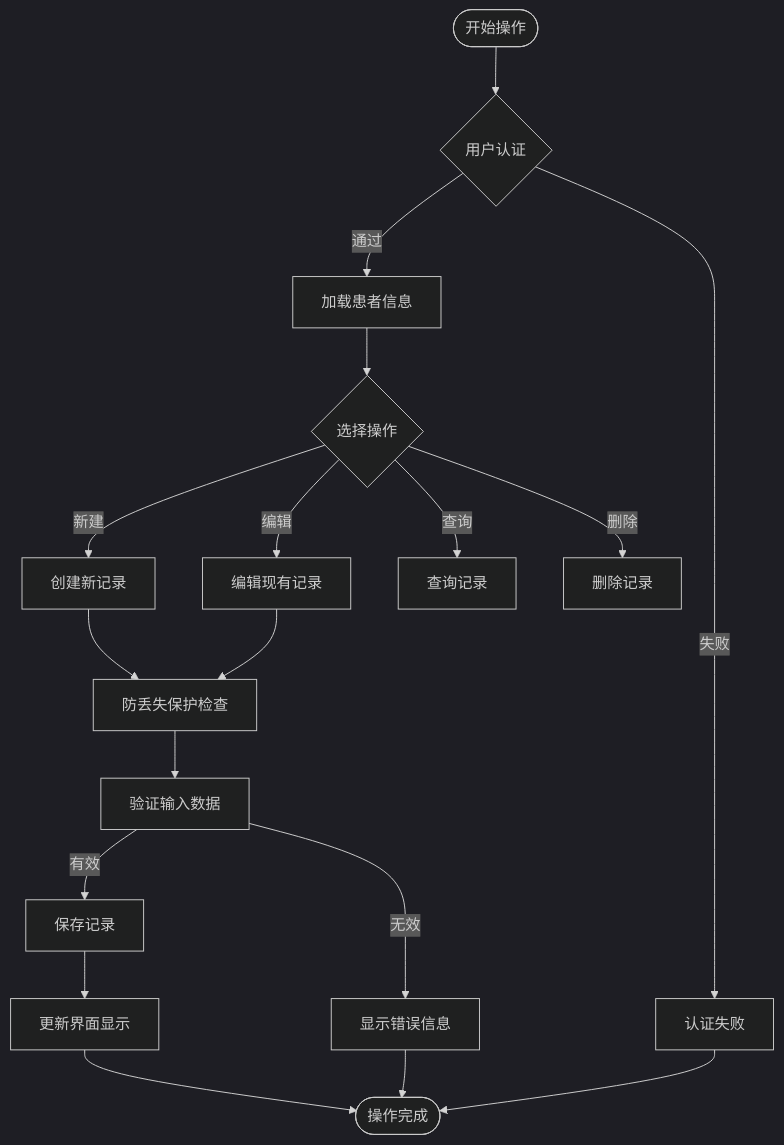
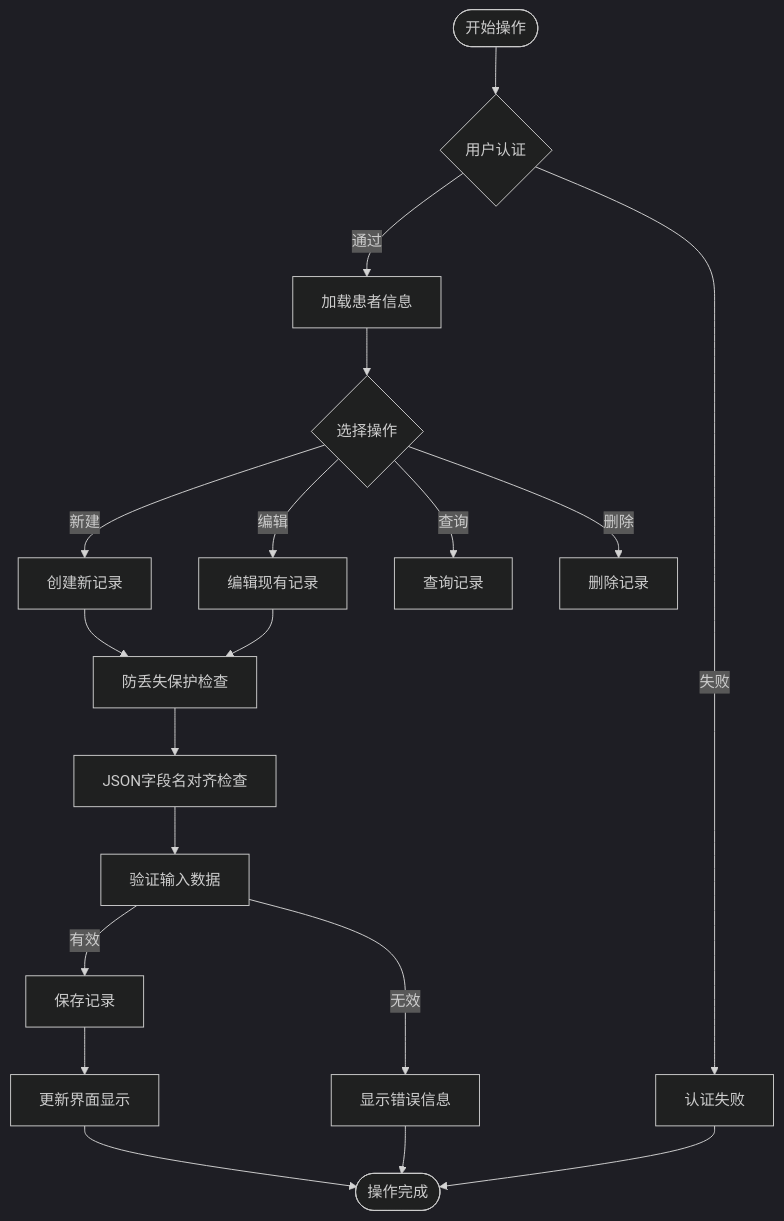
One commit to liuzh2008/med_ai_assistant_workspace changed the third of 19 diagrams in .qoder/repowiki/zh/content/Medical Record Operation Guide.md. Above: the diagram before and after it, drawn with Mermaid (dark theme). The commit also changed other lines of this file and 7 other files, not shown here.

````diff
--- a/.qoder/repowiki/zh/content/Medical Record Operation Guide.md
+++ b/.qoder/repowiki/zh/content/Medical Record Operation Guide.md
@@ -326,20 +365,21 @@
 ```mermaid
 flowchart TD
 Start([开始操作]) --> CheckAuth{用户认证}
 CheckAuth --> |通过| LoadPatient[加载患者信息]
 CheckAuth --> |失败| AuthError[认证失败]
 LoadPatient --> SelectAction{选择操作}
 SelectAction --> |新建| CreateRecord[创建新记录]
 SelectAction --> |编辑| EditRecord[编辑现有记录]
 SelectAction --> |查询| QueryRecord[查询记录]
 SelectAction --> |删除| DeleteRecord[删除记录]
 CreateRecord --> DraftProtection[防丢失保护检查]
 EditRecord --> DraftProtection
-DraftProtection --> ValidateData[验证输入数据]
+DraftProtection --> FieldAlignment[JSON字段名对齐检查]
+FieldAlignment --> ValidateData[验证输入数据]
 ValidateData --> |有效| SaveRecord[保存记录]
 ValidateData --> |无效| ShowError[显示错误信息]
 SaveRecord --> UpdateUI[更新界面显示]
 UpdateUI --> End([操作完成])
 ShowError --> End
 AuthError --> End
 ```
````
